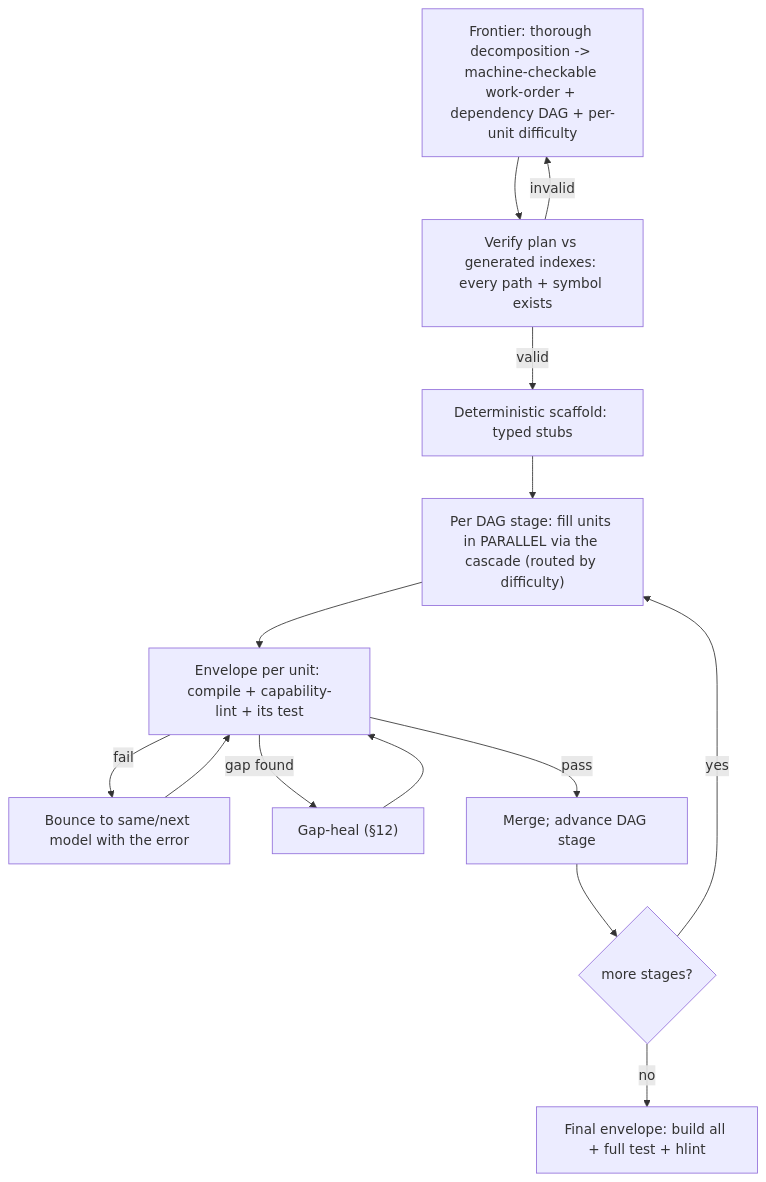
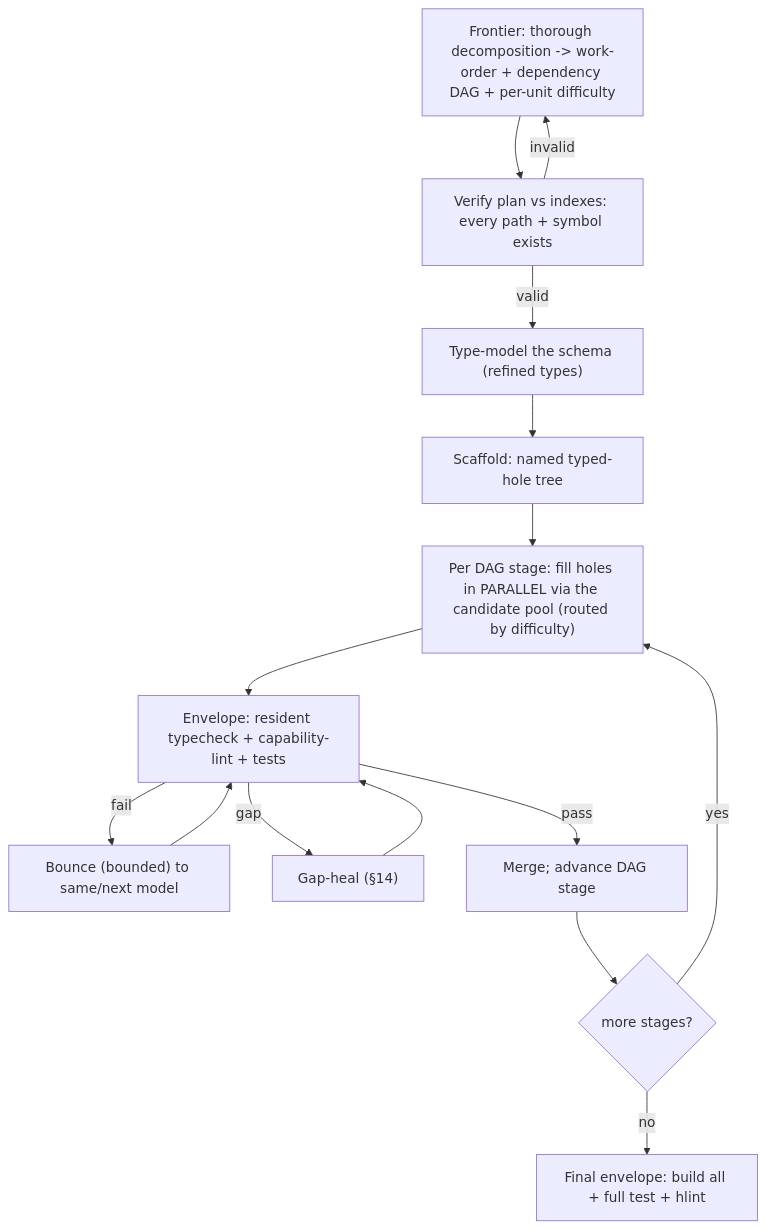
One commit to neohaskell/NeoHaskell changed the third of 4 diagrams in docs/plans/2026-07-03-deterministic-pipelines-design.md. Above: the diagram before and after it, drawn with Mermaid. The commit also changed other lines of this file, not shown here.

First line of the commit message:
docs: v3 design — type-modeling, typed-hole fill engine, P8, off-the-shelf models

````diff
--- a/docs/plans/2026-07-03-deterministic-pipelines-design.md
+++ b/docs/plans/2026-07-03-deterministic-pipelines-design.md
@@ -235,16 +253,17 @@
 ```mermaid
 flowchart TD
-    P["Frontier: thorough decomposition -> machine-checkable work-order + dependency DAG + per-unit difficulty"] --> V["Verify plan vs generated indexes: every path + symbol exists"]
+    P["Frontier: thorough decomposition -> work-order + dependency DAG + per-unit difficulty"] --> V["Verify plan vs indexes: every path + symbol exists"]
     V -->|"invalid"| P
-    V -->|"valid"| S["Deterministic scaffold: typed stubs"]
-    S --> X["Per DAG stage: fill units in PARALLEL via the cascade (routed by difficulty)"]
-    X --> E["Envelope per unit: compile + capability-lint + its test"]
-    E -->|"fail"| R["Bounce to same/next model with the error"]
+    V -->|"valid"| MOD["Type-model the schema (refined types)"]
+    MOD --> S["Scaffold: named typed-hole tree"]
+    S --> X["Per DAG stage: fill holes in PARALLEL via the candidate pool (routed by difficulty)"]
+    X --> E["Envelope: resident typecheck + capability-lint + tests"]
+    E -->|"fail"| R["Bounce (bounded) to same/next model"]
     R --> E
-    E -->|"gap found"| G["Gap-heal (§12)"]
+    E -->|"gap"| G["Gap-heal (§14)"]
     G --> E
     E -->|"pass"| M["Merge; advance DAG stage"]
     M --> D{"more stages?"}
     D -->|"yes"| X
     D -->|"no"| Q["Final envelope: build all + full test + hlint"]
 ```
````
